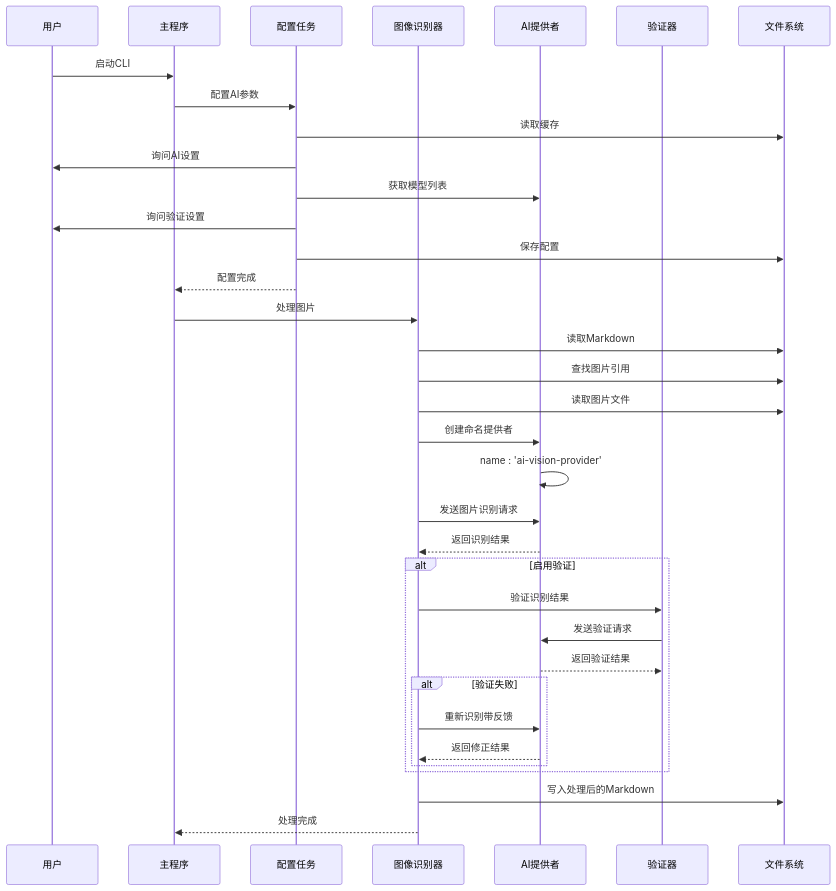
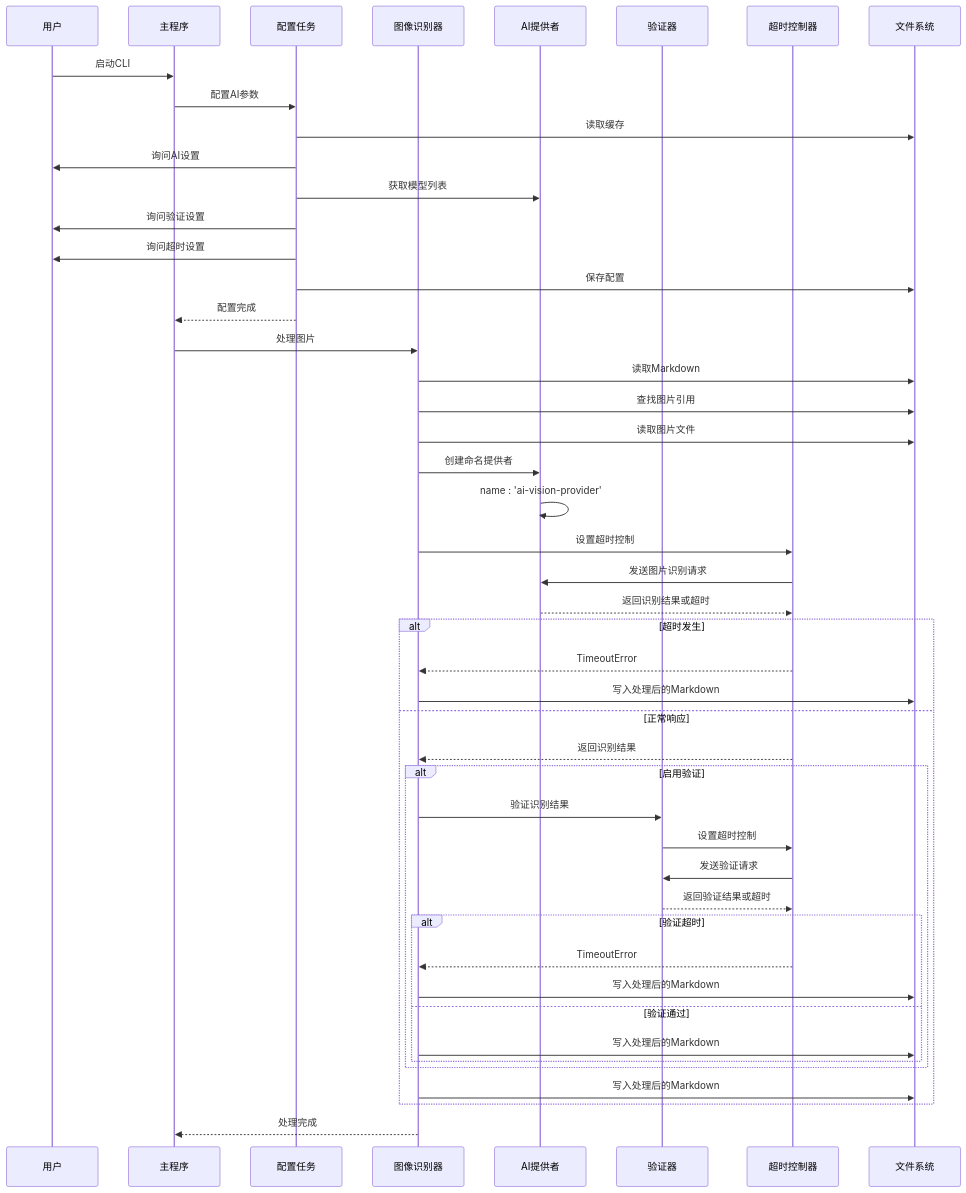
One commit to hllshiro/doc2md-cli changed the second of 8 diagrams in .qoder/repowiki/zh/content/转换模块详解/AI图像识别模块.md. Above: the diagram before and after it, drawn with Mermaid. The commit also changed other lines of this file and 4 other files, not shown here.

First line of the commit message:
feat(utils): 新增AI图片识别超时配置和控制功能

````diff
--- a/.qoder/repowiki/zh/content/转换模块详解/AI图像识别模块.md
+++ b/.qoder/repowiki/zh/content/转换模块详解/AI图像识别模块.md
@@ -113,37 +116,49 @@
 ```mermaid
 sequenceDiagram
 participant User as 用户
 participant Main as 主程序
 participant Config as 配置任务
 participant Recognizer as 图像识别器
 participant Provider as AI提供者
 participant Validator as 验证器
+participant Timeout as 超时控制器
 participant FS as 文件系统
 User->>Main : 启动CLI
 Main->>Config : 配置AI参数
 Config->>FS : 读取缓存
 Config->>User : 询问AI设置
 Config->>Provider : 获取模型列表
 Config->>User : 询问验证设置
+Config->>User : 询问超时设置
 Config->>FS : 保存配置
 Config-->>Main : 配置完成
 Main->>Recognizer : 处理图片
 Recognizer->>FS : 读取Markdown
 Recognizer->>FS : 查找图片引用
 Recognizer->>FS : 读取图片文件
 Recognizer->>Provider : 创建命名提供者
 Provider->>Provider : name : 'ai-vision-provider'
-Recognizer->>Provider : 发送图片识别请求
-Provider-->>Recognizer : 返回识别结果
+Recognizer->>Timeout : 设置超时控制
+Timeout->>Provider : 发送图片识别请求
+Provider-->>Timeout : 返回识别结果或超时
+alt 超时发生
+Timeout-->>Recognizer : TimeoutError
+Recognizer->>FS : 写入处理后的Markdown
+else 正常响应
+Timeout-->>Recognizer : 返回识别结果
 alt 启用验证
 Recognizer->>Validator : 验证识别结果
-Validator->>Provider : 发送验证请求
-Provider-->>Validator : 返回验证结果
-alt 验证失败
-Recognizer->>Provider : 重新识别带反馈
-Provider-->>Recognizer : 返回修正结果
+Validator->>Timeout : 设置超时控制
+Timeout->>Validator : 发送验证请求
+Validator-->>Timeout : 返回验证结果或超时
+alt 验证超时
+Timeout-->>Recognizer : TimeoutError
+Recognizer->>FS : 写入处理后的Markdown
+else 验证通过
+Recognizer->>FS : 写入处理后的Markdown
 end
 end
 Recognizer->>FS : 写入处理后的Markdown
+end
 Recognizer-->>Main : 处理完成
 ```
````
